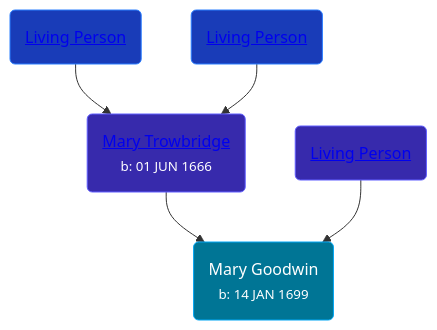
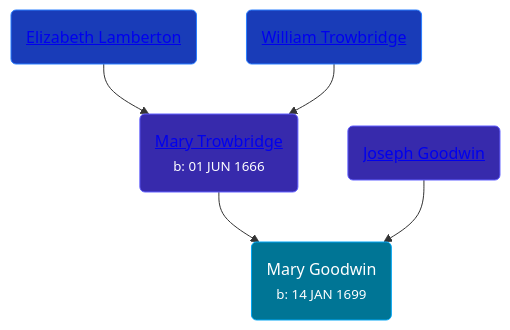
One commit to wpmgotkh/wpmgotkh.github.io changed the diagram in pages/people/4/49404198.md. Above: the diagram before and after it, drawn with Mermaid. The commit also changed other lines of this file and 586 other files, not shown here.

Commit message:
feat: better shouldConsiderPersonLiving algo

````diff
--- a/pages/people/4/49404198.md
+++ b/pages/people/4/49404198.md
@@ -10,11 +10,11 @@
 ```mermaid
 graph
 classDef grands fill:#193cb8,stroke:#2b7fff,stroke-width:1px,color:#fff;
 classDef parents fill:#372aac,stroke:#615fff,stroke-width:1px,color:#fff;
 classDef primary fill:#007595,stroke:#00a6f4,stroke-width:1px,color:#fff;
 49404198(Mary Goodwin<br /><small>b: 14 JAN 1699</small>):::primary
 42640832(<a class="text-white" href="/people/4/42640832">Mary Trowbridge</a><br /><small>b: 01 JUN 1666</small>):::parents-->49404198
-33832688(<a class="text-white" href="/people/3/33832688">Living Person</a>):::grands-->42640832
-57269298(<a class="text-white" href="/people/5/57269298">Living Person</a>):::grands-->42640832
-39421908(<a class="text-white" href="/people/3/39421908">Living Person</a>):::parents-->49404198
+33832688(<a class="text-white" href="/people/3/33832688">Elizabeth Lamberton</a>):::grands-->42640832
+57269298(<a class="text-white" href="/people/5/57269298">William Trowbridge</a>):::grands-->42640832
+39421908(<a class="text-white" href="/people/3/39421908">Joseph Goodwin</a>):::parents-->49404198
 ```
````
